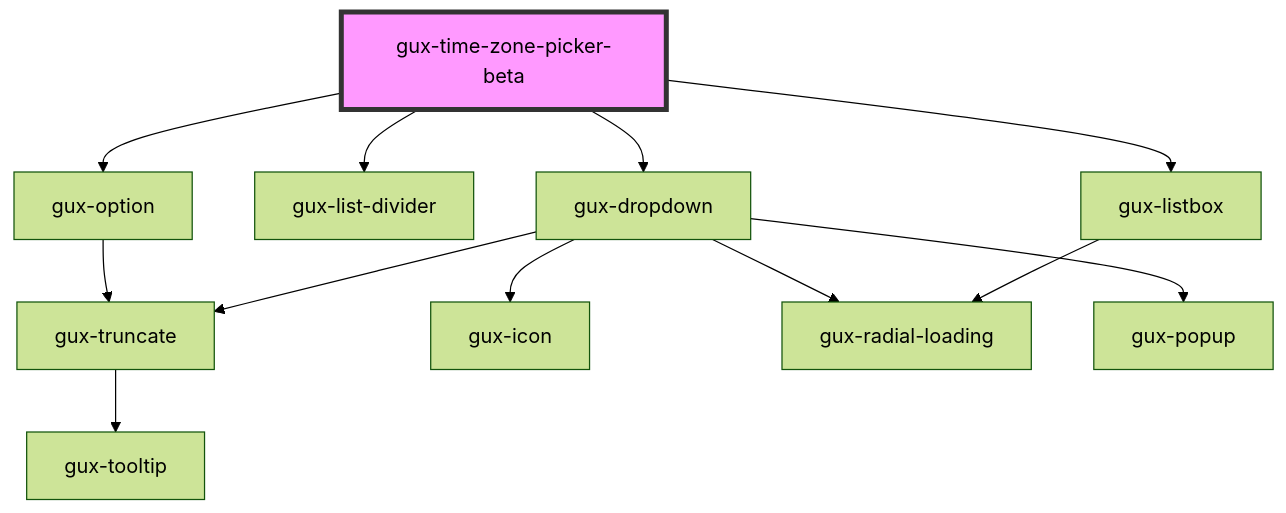
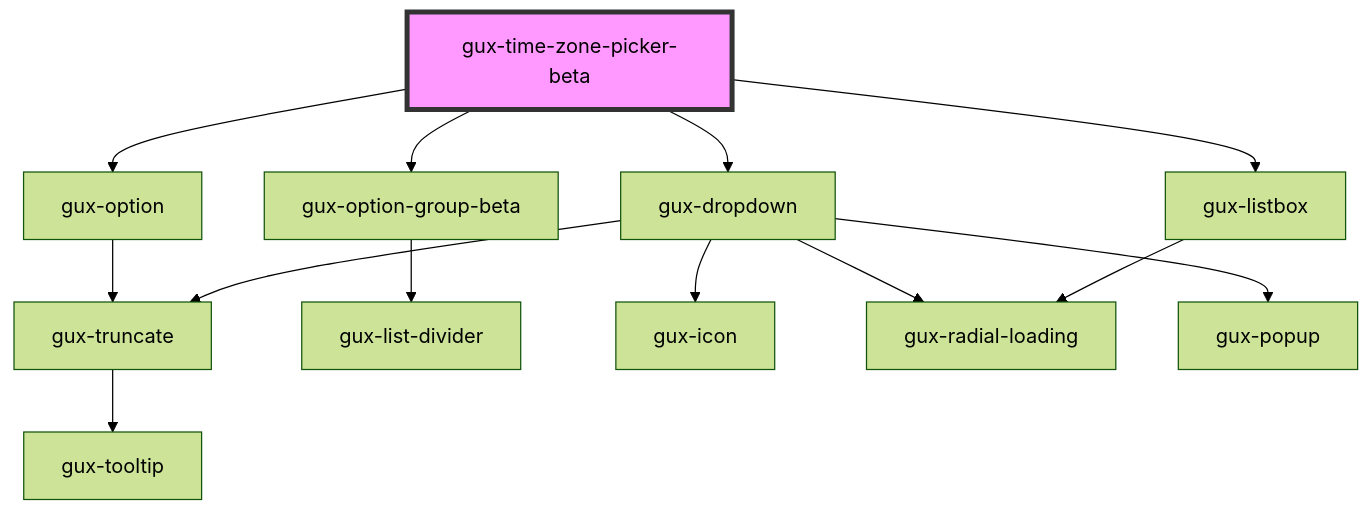
Before and after one commit to MyPureCloud/genesys-spark: the diagram in packages/genesys-spark-components/src/components/beta/gux-time-zone-picker/readme.md, drawn with Mermaid (forest theme). The commit also changed other lines of this file and 7 other files, not shown here.

First line of the commit message:
feat(time-zone-picker): allow custom defaults

````diff
--- a/packages/genesys-spark-components/src/components/beta/gux-time-zone-picker/readme.md
+++ b/packages/genesys-spark-components/src/components/beta/gux-time-zone-picker/readme.md
@@ -30,15 +32,16 @@
 ```mermaid
 graph TD;
   gux-time-zone-picker-beta --> gux-option
-  gux-time-zone-picker-beta --> gux-list-divider
+  gux-time-zone-picker-beta --> gux-option-group-beta
   gux-time-zone-picker-beta --> gux-dropdown
   gux-time-zone-picker-beta --> gux-listbox
   gux-option --> gux-truncate
   gux-truncate --> gux-tooltip
+  gux-option-group-beta --> gux-list-divider
   gux-dropdown --> gux-truncate
   gux-dropdown --> gux-icon
   gux-dropdown --> gux-radial-loading
   gux-dropdown --> gux-popup
   gux-listbox --> gux-radial-loading
   style gux-time-zone-picker-beta fill:#f9f,stroke:#333,stroke-width:4px
 ```
````
